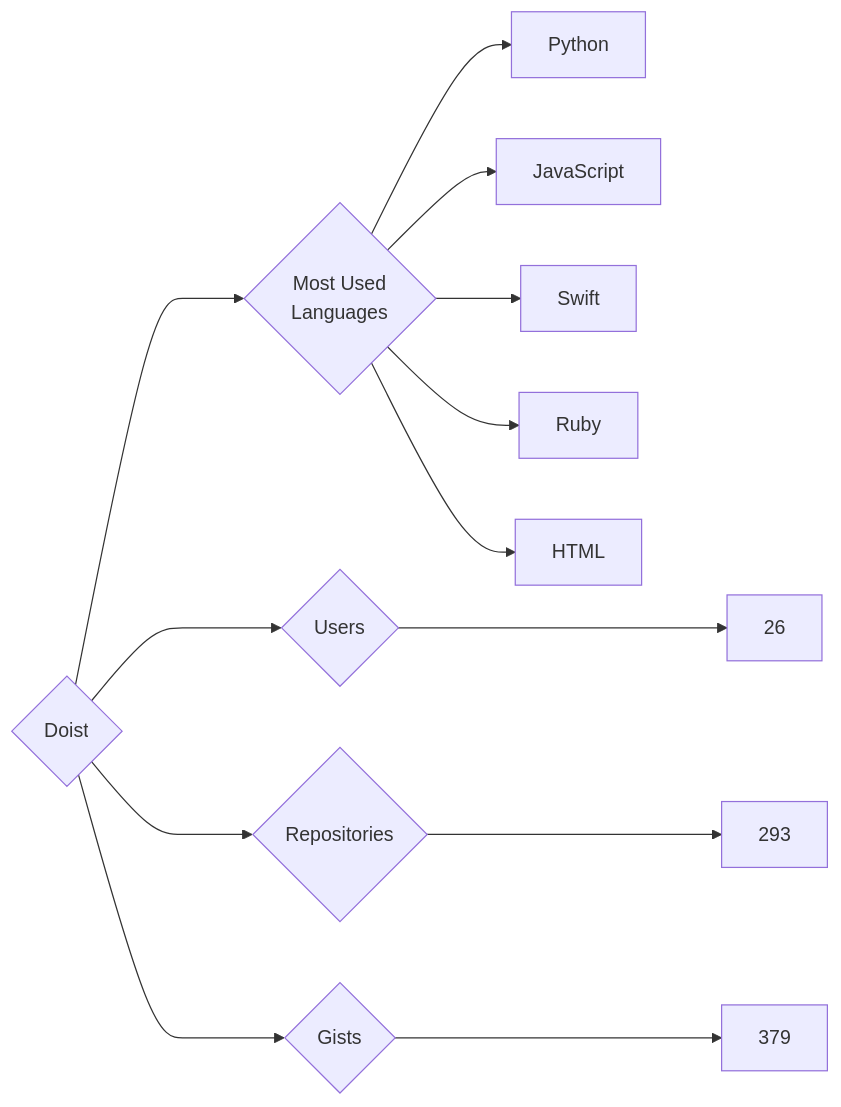
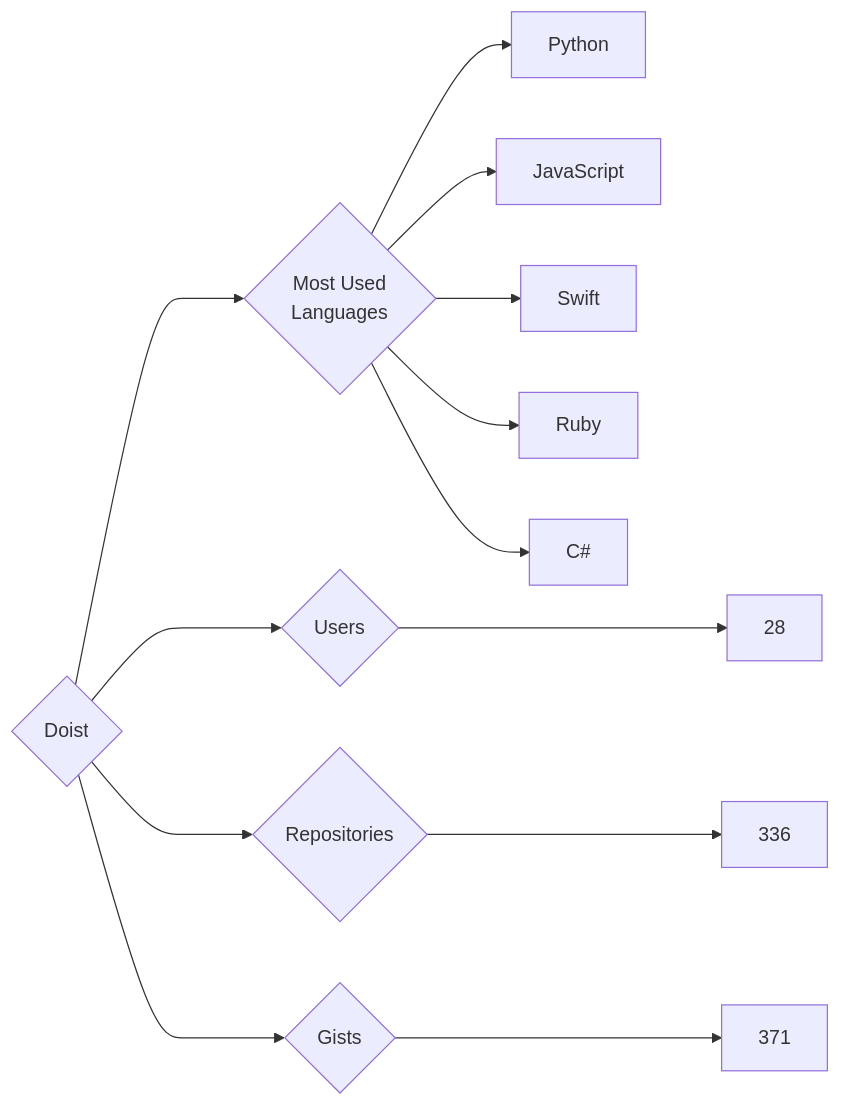
Before and after one commit to trickest/insiders: the diagram in targets/Doist/README.md, drawn with Mermaid. The commit also changed 633 other files, not shown here.

````diff
--- a/targets/Doist/README.md
+++ b/targets/Doist/README.md
@@ -3,13 +3,13 @@
 ```mermaid
 graph LR
 COMPANY_NAME{Doist}
-COMPANY_NAME ---> U{Users} ---> UN[26]
-COMPANY_NAME ---> R{Repositories} ---> RN[293]
-COMPANY_NAME ---> G{Gists} ---> GN[379]
+COMPANY_NAME ---> U{Users} ---> UN[28]
+COMPANY_NAME ---> R{Repositories} ---> RN[336]
+COMPANY_NAME ---> G{Gists} ---> GN[371]
 COMPANY_NAME ---> ML{Most Used<br>Languages}
 ML --> Python[Python]
 ML --> JavaScript[JavaScript]
 ML --> Swift[Swift]
 ML --> Ruby[Ruby]
-ML --> HTML[HTML]
+ML --> C#[C#]
 ```
````
